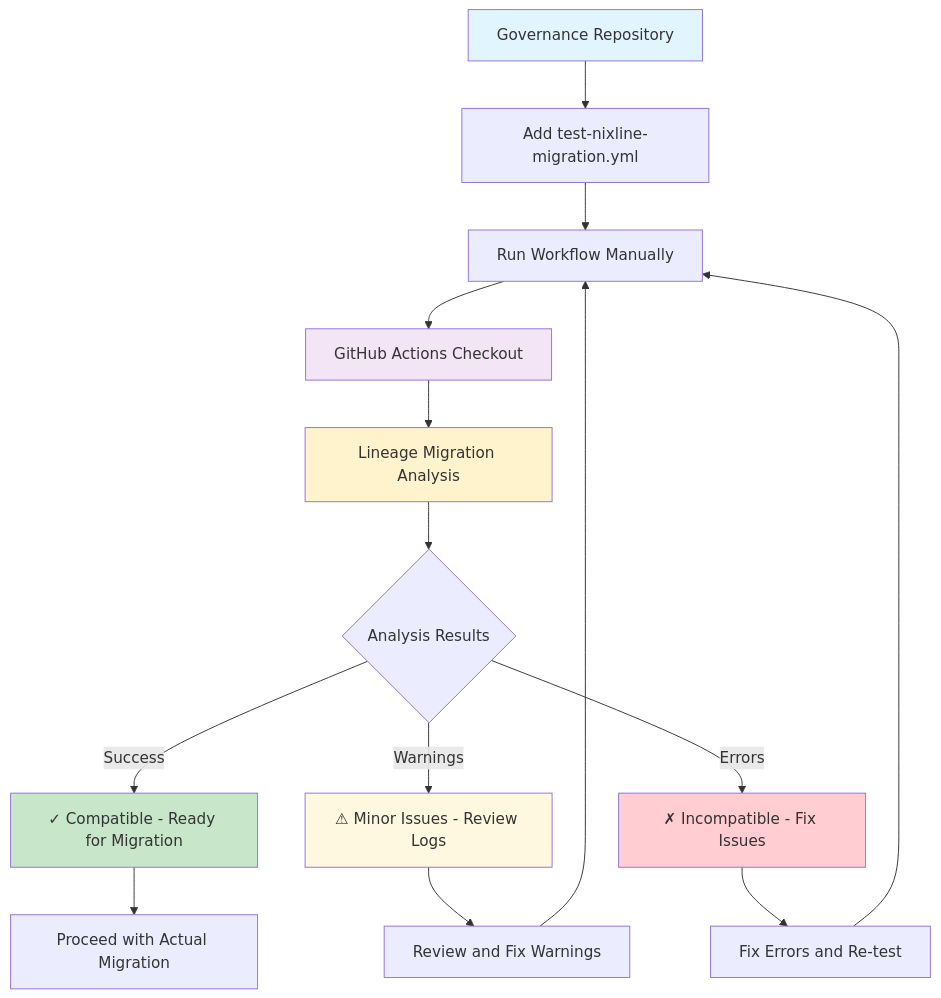
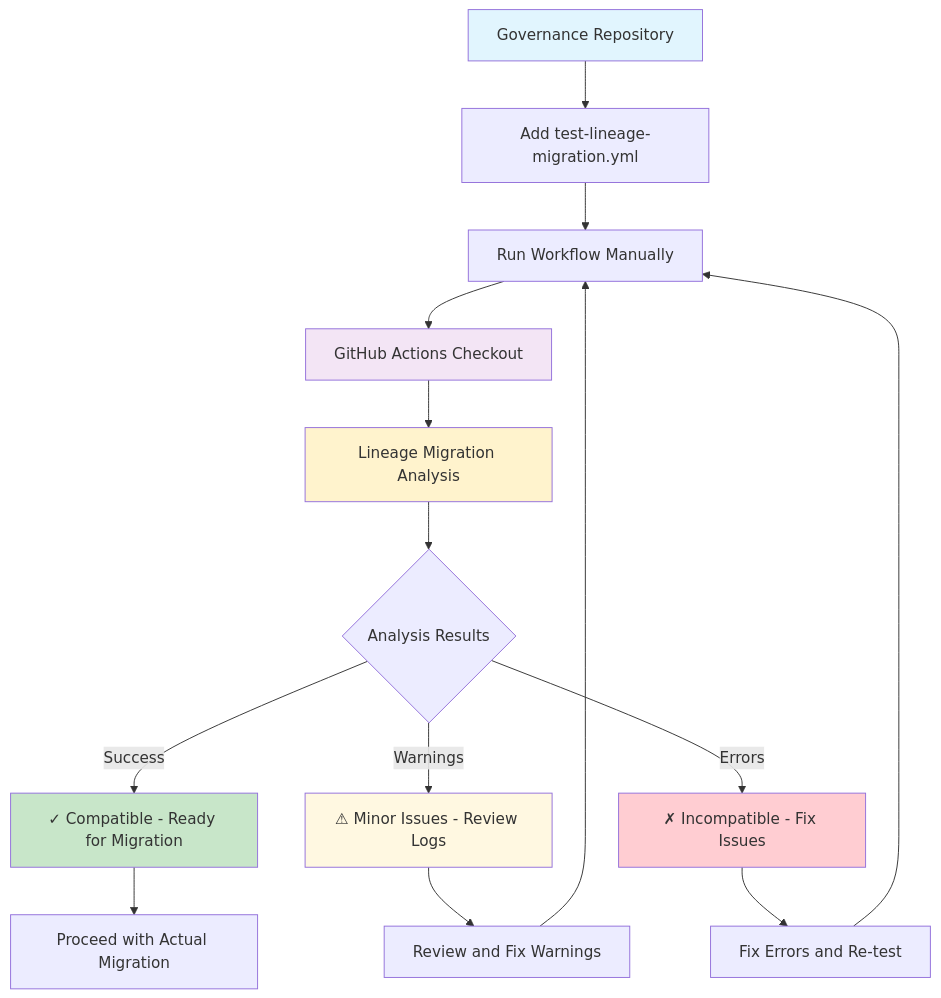
The eighth of 11 diagrams in README.md (NixLine-org/nixline-baseline), drawn with Mermaid before and after one commit. The commit also changed other lines of this file and 3 other files, not shown here.

````diff
--- a/README.md
+++ b/README.md
@@ -1511,26 +1511,26 @@
 ```mermaid
 flowchart TD
-    A[Governance Repository] --> B[Add test-nixline-migration.yml]
+    A[Governance Repository] --> B[Add test-lineage-migration.yml]
     B --> C[Run Workflow Manually]
     C --> D[GitHub Actions Checkout]
     D --> E[Lineage Migration Analysis]
 
     E --> F{Analysis Results}
     F -->|Success| G[✓ Compatible - Ready for Migration]
     F -->|Warnings| H[⚠ Minor Issues - Review Logs]
     F -->|Errors| I[✗ Incompatible - Fix Issues]
 
     G --> J[Proceed with Actual Migration]
     H --> K[Review and Fix Warnings]
     I --> L[Fix Errors and Re-test]
 
     K --> C
     L --> C
 
     style A fill:#e1f5fe
     style D fill:#f3e5f5
     style E fill:#fff3cd
     style G fill:#c8e6c9
     style H fill:#fff8e1
     style I fill:#ffcdd2
 ```
````
